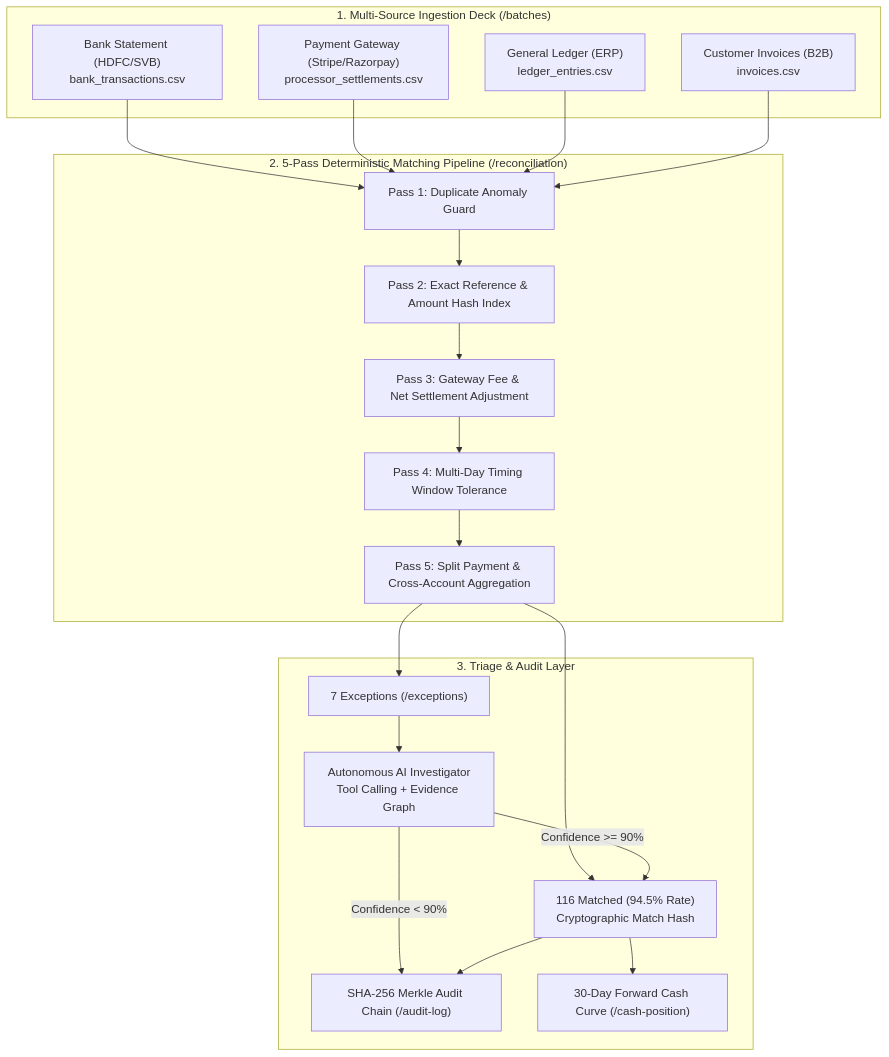
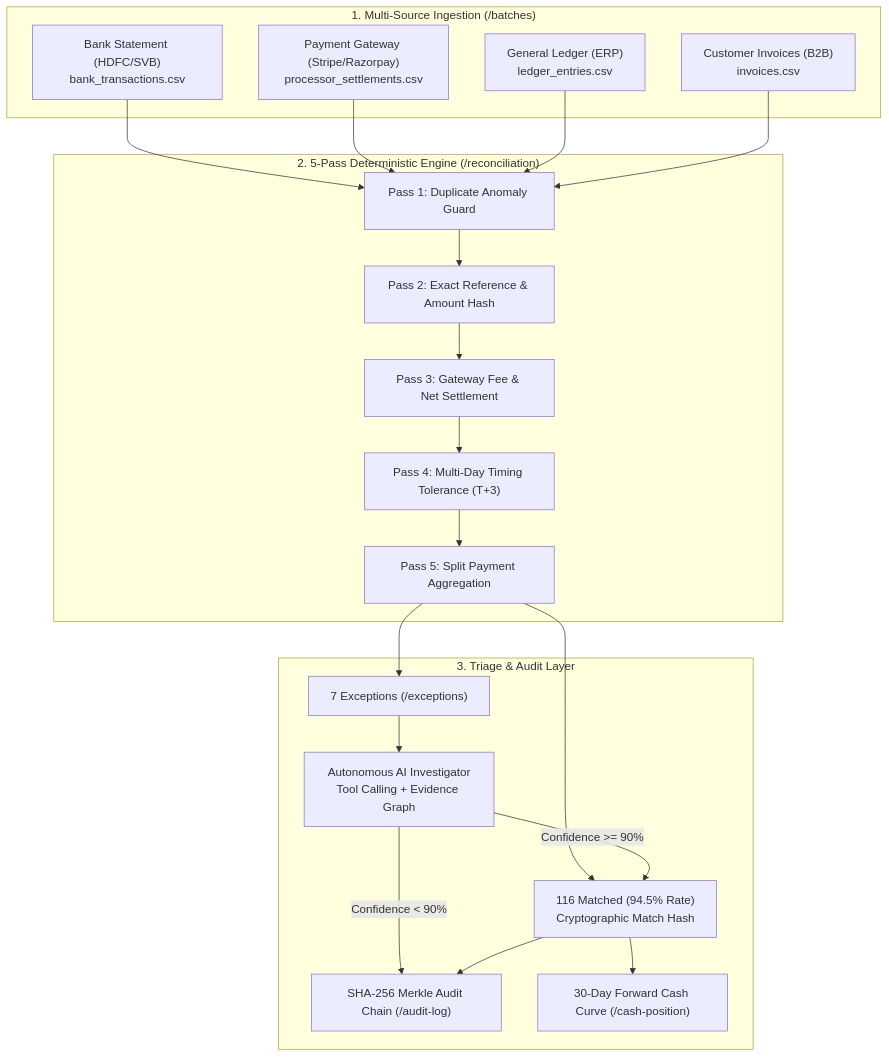
Before and after one commit to Abhinavv15/CLOSE: the diagram in README.md, drawn with Mermaid. The commit also changed other lines of this file and 9 other files, not shown here.

````diff
--- a/README.md
+++ b/README.md
@@ -50,34 +194,34 @@
 ```mermaid
 flowchart TD
-    subgraph MultiSourceIngestion ["1. Multi-Source Ingestion Deck (/batches)"]
+    subgraph Ingestion ["1. Multi-Source Ingestion (/batches)"]
         B["Bank Statement (HDFC/SVB)\nbank_transactions.csv"]
         P["Payment Gateway (Stripe/Razorpay)\nprocessor_settlements.csv"]
         L["General Ledger (ERP)\nledger_entries.csv"]
         I["Customer Invoices (B2B)\ninvoices.csv"]
     end
 
-    subgraph DeterministicEngine ["2. 5-Pass Deterministic Matching Pipeline (/reconciliation)"]
+    subgraph Matching ["2. 5-Pass Deterministic Engine (/reconciliation)"]
         P1["Pass 1: Duplicate Anomaly Guard"]
-        P2["Pass 2: Exact Reference & Amount Hash Index"]
-        P3["Pass 3: Gateway Fee & Net Settlement Adjustment"]
-        P4["Pass 4: Multi-Day Timing Window Tolerance"]
-        P5["Pass 5: Split Payment & Cross-Account Aggregation"]
+        P2["Pass 2: Exact Reference & Amount Hash"]
+        P3["Pass 3: Gateway Fee & Net Settlement"]
+        P4["Pass 4: Multi-Day Timing Tolerance (T+3)"]
+        P5["Pass 5: Split Payment Aggregation"]
         P1 --> P2 --> P3 --> P4 --> P5
     end
 
-    subgraph ResolutionOutput ["3. Triage & Audit Layer"]
+    subgraph Resolution ["3. Triage & Audit Layer"]
         Matched["116 Matched (94.5% Rate)\nCryptographic Match Hash"]
         Exceptions["7 Exceptions (/exceptions)"]
         AIAgent["Autonomous AI Investigator\nTool Calling + Evidence Graph"]
         Merkle["SHA-256 Merkle Audit Chain (/audit-log)"]
         Cash["30-Day Forward Cash Curve (/cash-position)"]
     end
 
     B & P & L & I --> P1
     P5 --> Matched & Exceptions
     Exceptions --> AIAgent
     AIAgent -->|Confidence >= 90%| Matched
     AIAgent -->|Confidence < 90%| Merkle
     Matched --> Merkle
     Matched --> Cash
 ```
````
